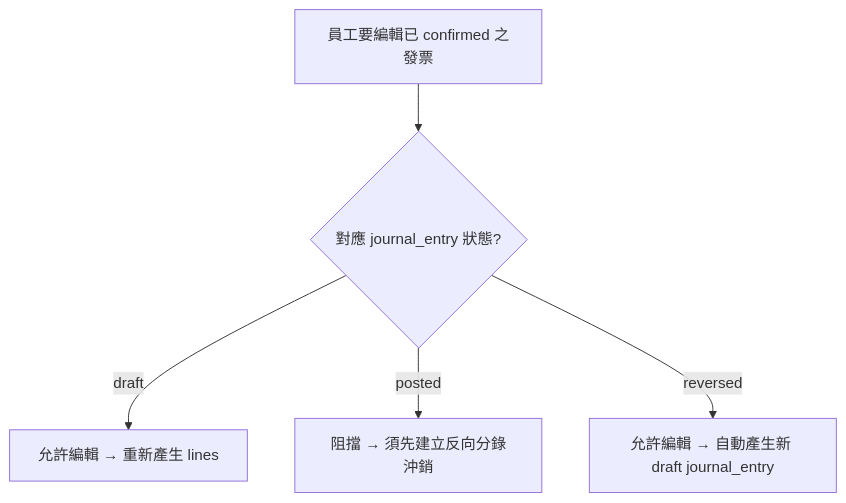
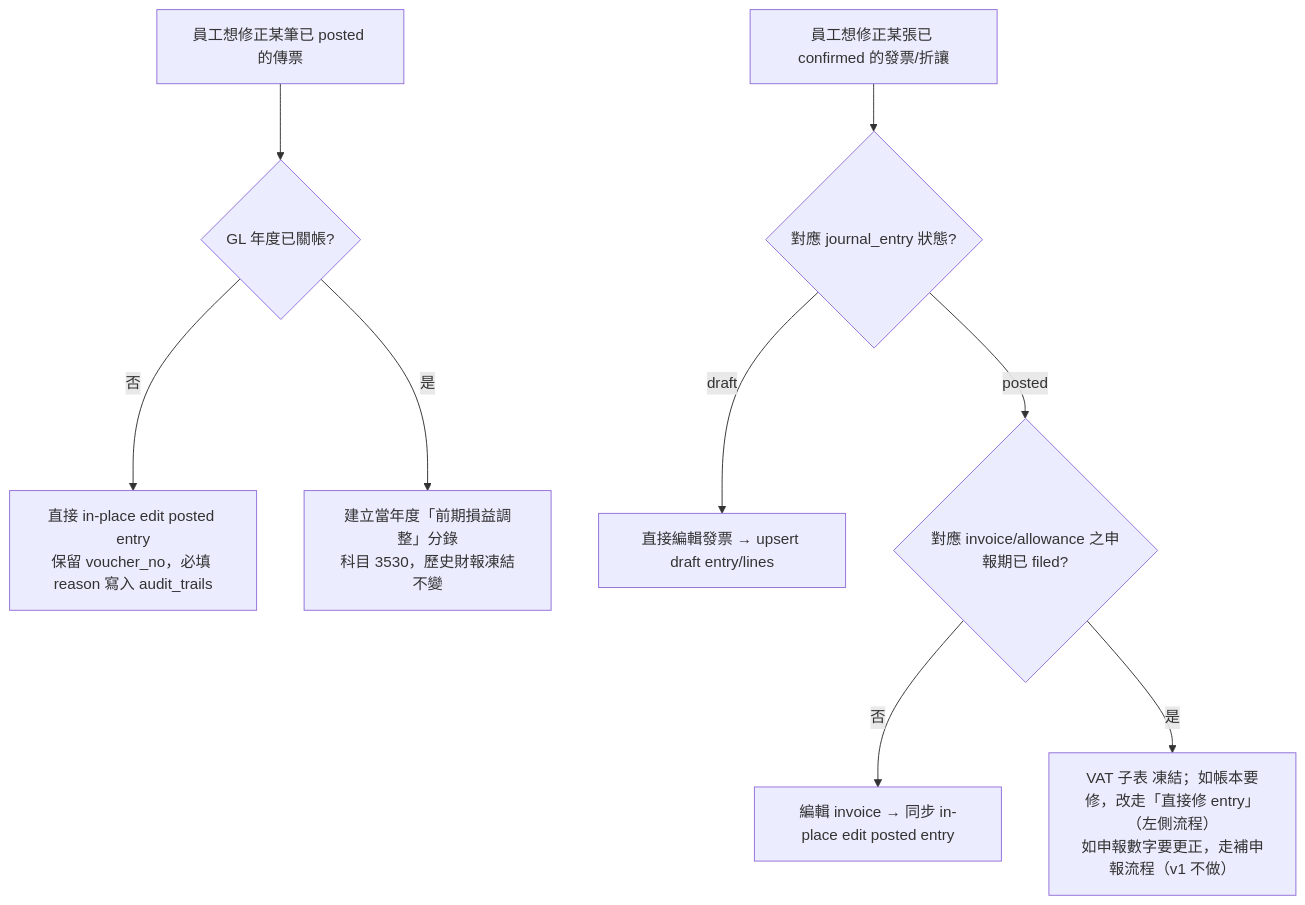
The fifth of 5 diagrams in docs/VOUCHER_JOURNAL_ENTRY_PLAN.md (angineering-co/ai-accounting-app), drawn with Mermaid before and after one commit. The commit also changed other lines of this file, not shown here.

First line of the commit message:
Split bookkeeping into VAT/GL modules with two-lock model

````diff
--- a/docs/VOUCHER_JOURNAL_ENTRY_PLAN.md
+++ b/docs/VOUCHER_JOURNAL_ENTRY_PLAN.md
@@ -364,7 +470,12 @@
 ```mermaid
 flowchart TD
-  A[員工要編輯已 confirmed 之發票] --> B{對應 journal_entry 狀態?}
-  B -->|draft| C[允許編輯 → 重新產生 lines]
-  B -->|posted| D[阻擋 → 須先建立反向分錄沖銷]
-  B -->|reversed| E[允許編輯 → 自動產生新 draft journal_entry]
+  A[員工想修正某筆已 posted 的傳票] --> B{GL 年度已關帳?}
+  B -->|否| C[直接 in-place edit posted entry<br/>保留 voucher_no，必填 reason 寫入 audit_trails]
+  B -->|是| D[建立當年度「前期損益調整」分錄<br/>科目 3530，歷史財報凍結不變]
+
+  E[員工想修正某張已 confirmed 的發票/折讓] --> F{對應 journal_entry 狀態?}
+  F -->|draft| G[直接編輯發票 → upsert draft entry/lines]
+  F -->|posted| H{對應 invoice/allowance 之申報期已 filed?}
+  H -->|否| I[編輯 invoice → 同步 in-place edit posted entry]
+  H -->|是| J[VAT 子表 凍結；如帳本要修，改走「直接修 entry」（左側流程）<br/>如申報數字要更正，走補申報流程（v1 不做）]
 ```
````
